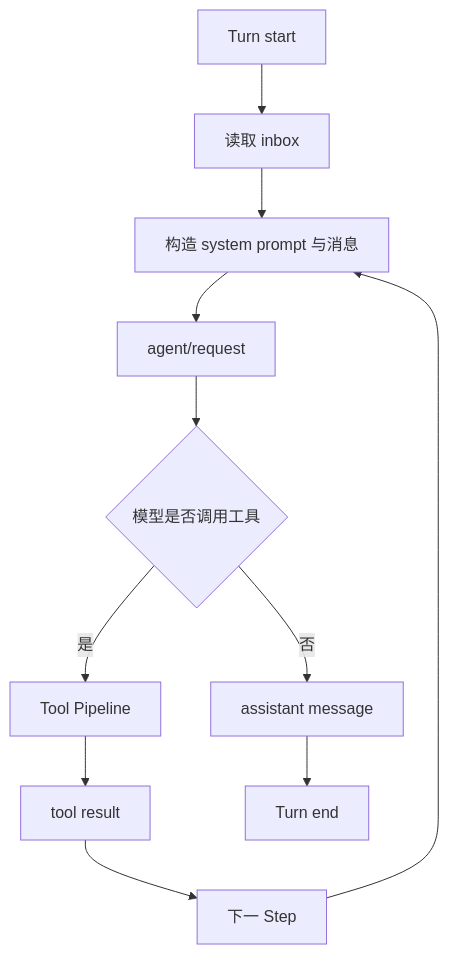
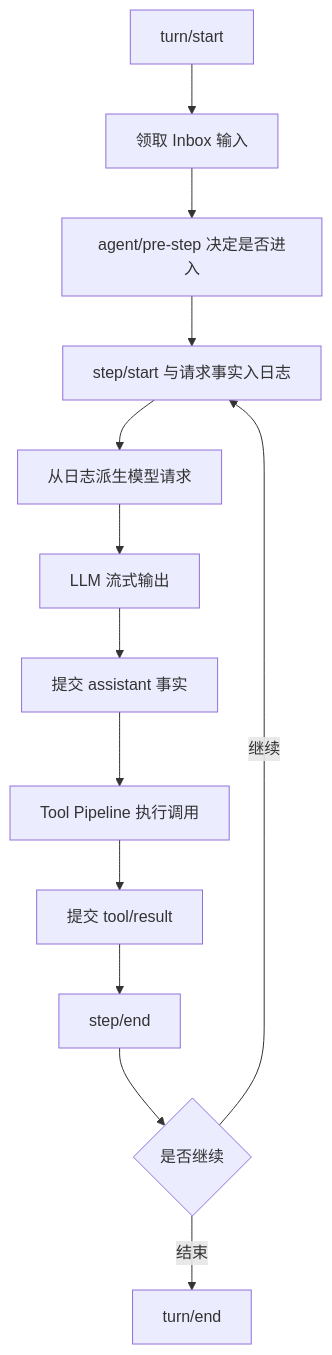
One commit to ranxi2001/zero2Agent changed the diagram in learn-deepseek-harness/05-agent-loop/index.md. Above: the diagram before and after it, drawn with Mermaid. The commit also changed other lines of this file and 25 other files, not shown here.

````diff
--- a/learn-deepseek-harness/05-agent-loop/index.md
+++ b/learn-deepseek-harness/05-agent-loop/index.md
@@ -14,13 +24,15 @@
 ```mermaid
 flowchart TD
-  A[Turn start] --> B[读取 inbox]
-  B --> C[构造 system prompt 与消息]
-  C --> D[agent/request]
-  D --> E{模型是否调用工具}
-  E -->|否| F[assistant message]
-  E -->|是| G[Tool Pipeline]
-  G --> H[tool result]
-  H --> I[下一 Step]
-  I --> C
-  F --> J[Turn end]
+  A["turn/start"] --> B["领取 Inbox 输入"]
+  B --> C["agent/pre-step 决定是否进入"]
+  C --> D["step/start 与请求事实入日志"]
+  D --> E["从日志派生模型请求"]
+  E --> F["LLM 流式输出"]
+  F --> G["提交 assistant 事实"]
+  G --> H["Tool Pipeline 执行调用"]
+  H --> I["提交 tool/result"]
+  I --> J["step/end"]
+  J --> K{"是否继续"}
+  K -->|"继续"| D
+  K -->|"结束"| L["turn/end"]
 ```
````
